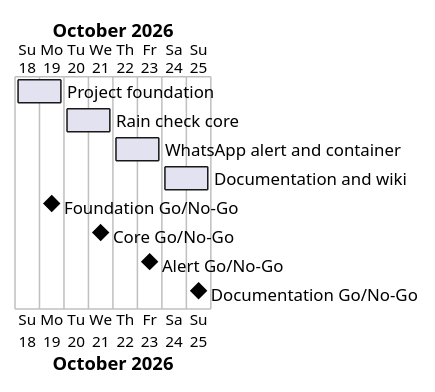
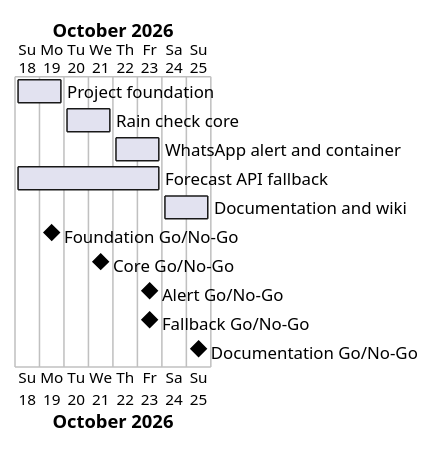
Before and after one commit to Tirsvad-Udemy-100-days-of-code/035-rain-alert: the diagram in docs/project-plan.md, drawn with PlantUML. The commit also changed other lines of this file and 8 other files, not shown here.

Commit message:
Plan MIL-005: forecast API fallback, ADR-0001 and dictionary amendments, reviews

````diff
--- a/docs/project-plan.md
+++ b/docs/project-plan.md
@@ -38,13 +40,15 @@
 ```plantuml
 @startgantt
 Project starts 2026-10-18
 [Project foundation] starts 2026-10-18 and ends 2026-10-19
 [Rain check core] starts 2026-10-20 and ends 2026-10-21
 [WhatsApp alert and container] starts 2026-10-22 and ends 2026-10-23
+[Forecast API fallback] starts 2026-10-18 and ends 2026-10-23
 [Documentation and wiki] starts 2026-10-24 and ends 2026-10-25
 [Foundation Go/No-Go] happens 2026-10-19
 [Core Go/No-Go] happens 2026-10-21
 [Alert Go/No-Go] happens 2026-10-23
+[Fallback Go/No-Go] happens 2026-10-23
 [Documentation Go/No-Go] happens 2026-10-25
 @endgantt
 ```
````
